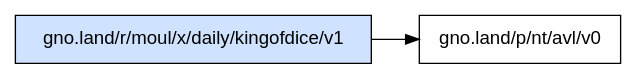
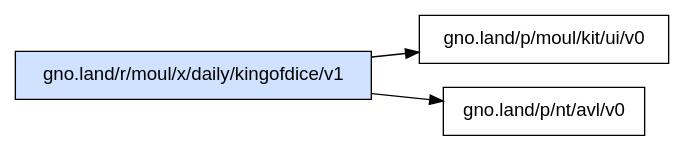
One commit to moul/gno-contracts changed the diagram in _assets/gno.land/r/moul/x/daily/kingofdice/v1/deps.dot. Above: the diagram before and after it, drawn with Graphviz. The commit also changed 91 other files, not shown here.

Commit message:
chore: regenerate catalog, graphs and on-chain status [skip ci]

```diff
--- a/_assets/gno.land/r/moul/x/daily/kingofdice/v1/deps.dot
+++ b/_assets/gno.land/r/moul/x/daily/kingofdice/v1/deps.dot
@@ -1,6 +1,7 @@
 digraph deps {
   rankdir=LR;
   node [shape=box, fontname="sans-serif"];
   "gno.land/r/moul/x/daily/kingofdice/v1" [style=filled, fillcolor="#cfe2ff"];
+  "gno.land/r/moul/x/daily/kingofdice/v1" -> "gno.land/p/moul/kit/ui/v0";
   "gno.land/r/moul/x/daily/kingofdice/v1" -> "gno.land/p/nt/avl/v0";
 }
```
